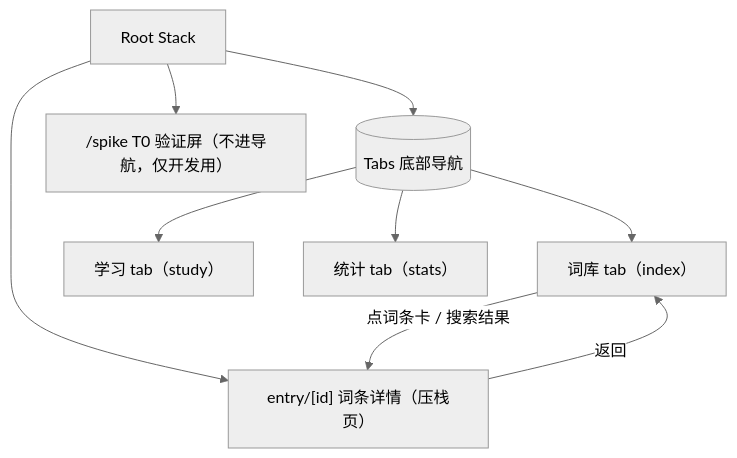
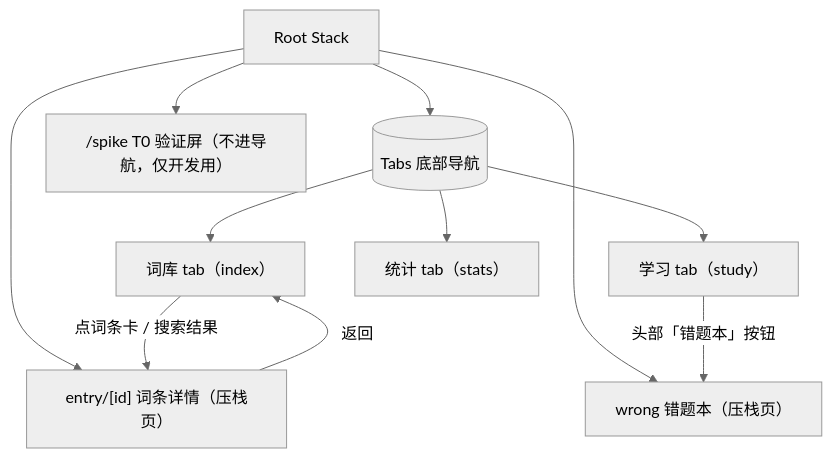
One commit to Partiverse/wordfolio changed the first of 2 diagrams in docs/design/功能逻辑树.md. Above: the diagram before and after it, drawn with Mermaid (neutral theme). The commit also changed other lines of this file, not shown here.

Commit message:
docs: 逻辑树同步——review_log 分工、错题本/复习曲线槽位已兑现、导航树补 /wrong

````diff
--- a/docs/design/功能逻辑树.md
+++ b/docs/design/功能逻辑树.md
@@ -11,13 +11,15 @@
 ```mermaid
 flowchart TD
     Root[Root Stack] --> Tabs[(Tabs 底部导航)]
     Root --> Entry["entry/[id] 词条详情（压栈页）"]
+    Root --> Wrong["wrong 错题本（压栈页）"]
     Root --> Spike["/spike T0 验证屏（不进导航，仅开发用）"]
 
     Tabs --> A["词库 tab（index）"]
     Tabs --> B["学习 tab（study）"]
+    B -- "头部「错题本」按钮" --> Wrong
     Tabs --> C["统计 tab（stats）"]
 
     A -- 点词条卡 / 搜索结果 --> Entry
     Entry -- 返回 --> A
 ```
````
